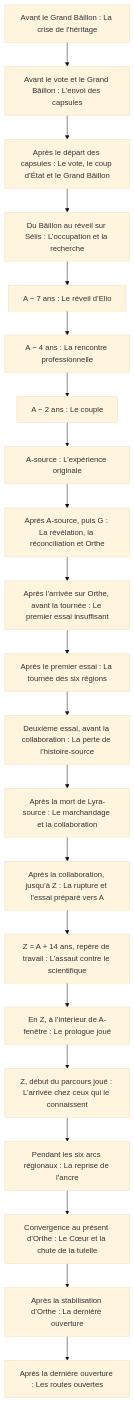
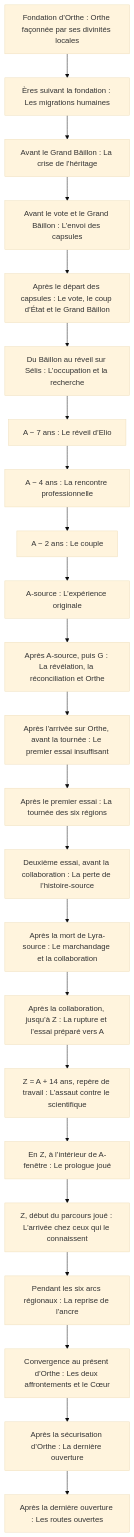
Before and after one commit to Kichnifou/GachaImpact: the diagram in docs/Story/lecture/04_CHRONOLOGIE.md, drawn with Mermaid (base theme). The commit also changed other lines of this file and 7 other files, not shown here.

````diff
--- a/docs/Story/lecture/04_CHRONOLOGIE.md
+++ b/docs/Story/lecture/04_CHRONOLOGIE.md
@@ -8,44 +8,48 @@
 ```mermaid
 flowchart TD
-  E0["Avant le Grand Bâillon : La crise de l’héritage"]
-  E1["Avant le vote et le Grand Bâillon : L’envoi des capsules"]
-  E2["Après le départ des capsules : Le vote, le coup d’État et le Grand Bâillon"]
-  E3["Du Bâillon au réveil sur Sélis : L’occupation et la recherche"]
-  E4["A − 7 ans : Le réveil d’Elio"]
-  E5["A − 4 ans : La rencontre professionnelle"]
-  E6["A − 2 ans : Le couple"]
-  E7["A-source : L’expérience originale"]
-  E8["Après A-source, puis G : La révélation, la réconciliation et Orthe"]
-  E9["Après l’arrivée sur Orthe, avant la tournée : Le premier essai insuffisant"]
-  E10["Après le premier essai : La tournée des six régions"]
-  E11["Deuxième essai, avant la collaboration : La perte de l’histoire-source"]
-  E12["Après la mort de Lyra-source : Le marchandage et la collaboration"]
-  E13["Après la collaboration, jusqu’à Z : La rupture et l’essai préparé vers A"]
-  E14["Z = A + 14 ans, repère de travail : L’assaut contre le scientifique"]
-  E15["En Z, à l’intérieur de A-fenêtre : Le prologue joué"]
-  E16["Z, début du parcours joué : L’arrivée chez ceux qui le connaissent"]
-  E17["Pendant les six arcs régionaux : La reprise de l’ancre"]
-  E18["Convergence au présent d’Orthe : Le Cœur et la chute de la tutelle"]
-  E19["Après la stabilisation d’Orthe : La dernière ouverture"]
-  E20["Après la dernière ouverture : Les routes ouvertes"]
+  E0["Fondation d’Orthe : Orthe façonnée par ses divinités locales"]
+  E1["Ères suivant la fondation : Les migrations humaines"]
+  E2["Avant le Grand Bâillon : La crise de l’héritage"]
+  E3["Avant le vote et le Grand Bâillon : L’envoi des capsules"]
+  E4["Après le départ des capsules : Le vote, le coup d’État et le Grand Bâillon"]
+  E5["Du Bâillon au réveil sur Sélis : L’occupation et la recherche"]
+  E6["A − 7 ans : Le réveil d’Elio"]
+  E7["A − 4 ans : La rencontre professionnelle"]
+  E8["A − 2 ans : Le couple"]
+  E9["A-source : L’expérience originale"]
+  E10["Après A-source, puis G : La révélation, la réconciliation et Orthe"]
+  E11["Après l’arrivée sur Orthe, avant la tournée : Le premier essai insuffisant"]
+  E12["Après le premier essai : La tournée des six régions"]
+  E13["Deuxième essai, avant la collaboration : La perte de l’histoire-source"]
+  E14["Après la mort de Lyra-source : Le marchandage et la collaboration"]
+  E15["Après la collaboration, jusqu’à Z : La rupture et l’essai préparé vers A"]
+  E16["Z = A + 14 ans, repère de travail : L’assaut contre le scientifique"]
+  E17["En Z, à l’intérieur de A-fenêtre : Le prologue joué"]
+  E18["Z, début du parcours joué : L’arrivée chez ceux qui le connaissent"]
+  E19["Pendant les six arcs régionaux : La reprise de l’ancre"]
+  E20["Convergence au présent d’Orthe : Les deux affrontements et le Cœur"]
+  E21["Après la sécurisation d’Orthe : La dernière ouverture"]
+  E22["Après la dernière ouverture : Les routes ouvertes"]
   E0 --> E1
   E1 --> E2
   E2 --> E3
   E3 --> E4
   E4 --> E5
   E5 --> E6
   E6 --> E7
   E7 --> E8
   E8 --> E9
   E9 --> E10
   E10 --> E11
   E11 --> E12
   E12 --> E13
   E13 --> E14
   E14 --> E15
   E15 --> E16
   E16 --> E17
   E17 --> E18
   E18 --> E19
   E19 --> E20
+  E20 --> E21
+  E21 --> E22
 ```
````
